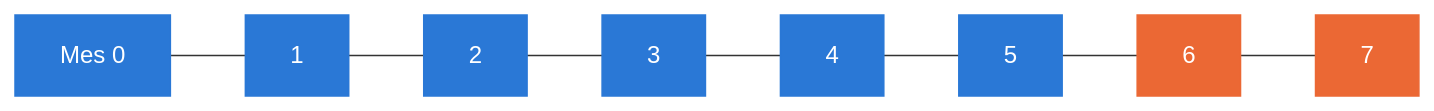
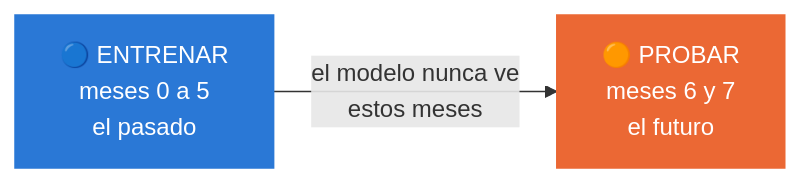
One commit to neiderolaya26/fraud-agent-lab changed the eighth of 9 diagrams in docs/guia.md. Above: the diagram before and after it, drawn with Mermaid. The commit also changed other lines of this file, not shown here.

First line of the commit message:
Guía: diagrama de meses legible y recuadro de lectura en lista

````diff
--- a/docs/guia.md
+++ b/docs/guia.md
@@ -210,8 +210,8 @@
 ```mermaid
 flowchart LR
-    m0["Mes 0"] --- m1["1"] --- m2["2"] --- m3["3"] --- m4["4"] --- m5["5"] --- m6["6"] --- m7["7"]
+    A["🔵 ENTRENAR<br/>meses 0 a 5<br/>el pasado"] -- "el modelo nunca ve<br/>estos meses" --> B["🟠 PROBAR<br/>meses 6 y 7<br/>el futuro"]
     classDef train fill:#2a78d6,color:#fff,stroke:#2a78d6
     classDef test fill:#eb6834,color:#fff,stroke:#eb6834
-    class m0,m1,m2,m3,m4,m5 train
-    class m6,m7 test
+    class A train
+    class B test
 ```
````
